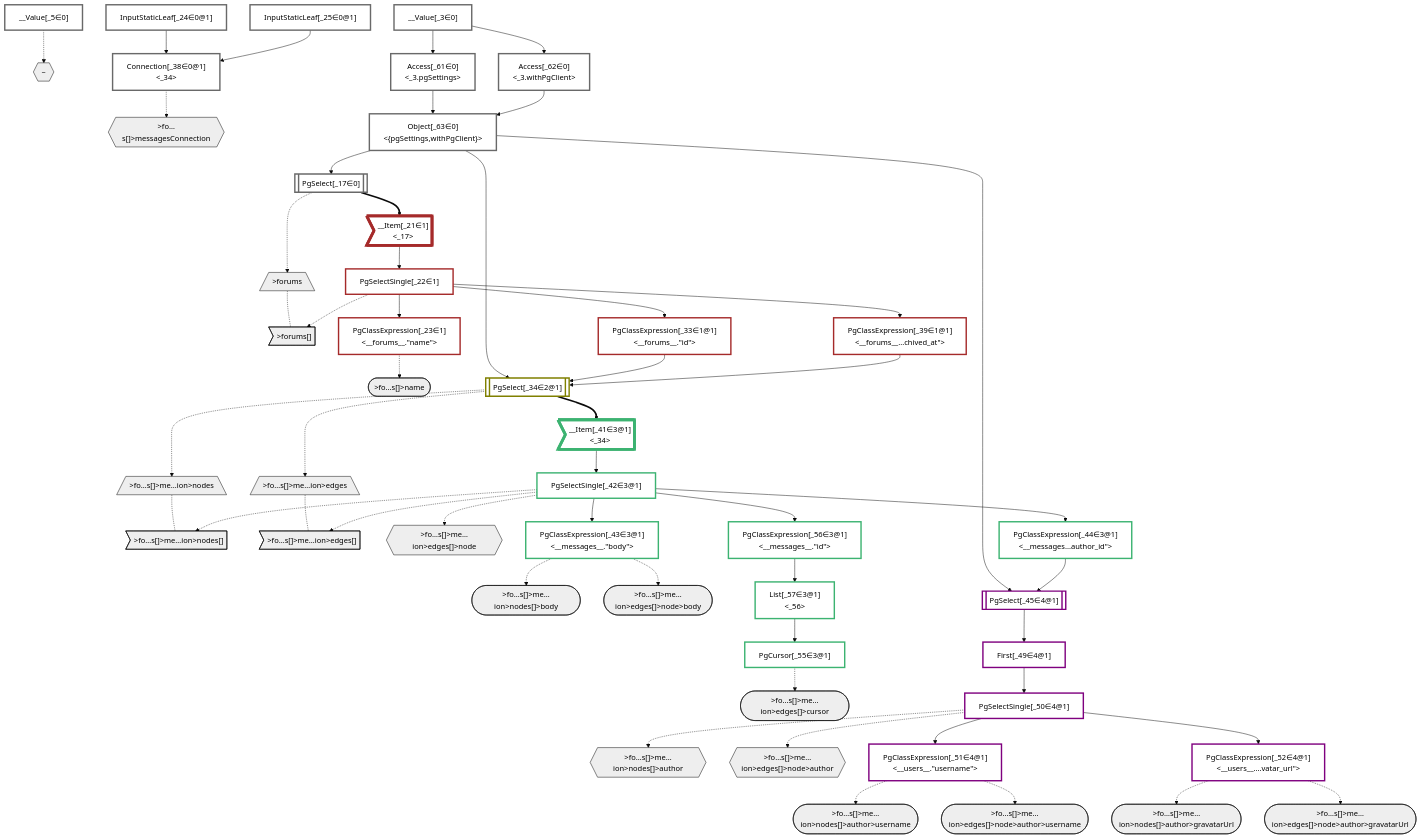
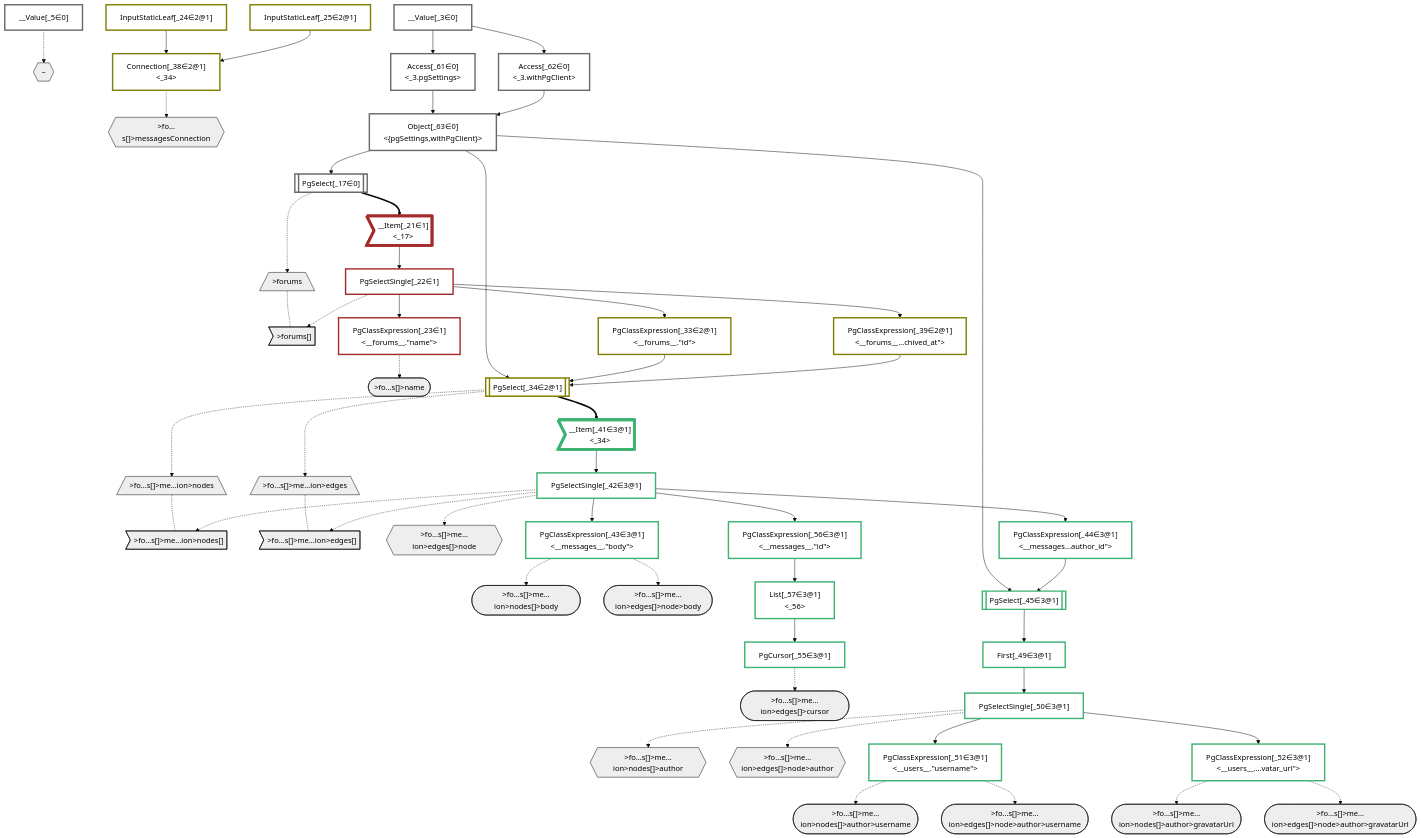
Before and after one commit to graphile/crystal: the diagram in packages/dataplan-pg/__tests__/queries/conditions/archived-forum-inherited-messages.defer-1.deopt.mermaid.md, drawn with Mermaid (base theme). The commit also changed 42 other files, not shown here.

````diff
--- a/packages/dataplan-pg/__tests__/queries/conditions/archived-forum-inherited-messages.defer-1.deopt.mermaid.md
+++ b/packages/dataplan-pg/__tests__/queries/conditions/archived-forum-inherited-messages.defer-1.deopt.mermaid.md
@@ -52,21 +52,21 @@
     __Item_21>"__Item[_21∈1]<br /><_17>"]:::itemplan
     PgSelectSingle_22["PgSelectSingle[_22∈1]<br /><forums>"]:::plan
     PgClassExpression_23["PgClassExpression[_23∈1]<br /><__forums__.#quot;name#quot;>"]:::plan
-    InputStaticLeaf_24["InputStaticLeaf[_24∈0@1]"]:::plan
-    InputStaticLeaf_25["InputStaticLeaf[_25∈0@1]"]:::plan
-    PgClassExpression_33["PgClassExpression[_33∈1@1]<br /><__forums__.#quot;id#quot;>"]:::plan
+    InputStaticLeaf_24["InputStaticLeaf[_24∈2@1]"]:::plan
+    InputStaticLeaf_25["InputStaticLeaf[_25∈2@1]"]:::plan
+    PgClassExpression_33["PgClassExpression[_33∈2@1]<br /><__forums__.#quot;id#quot;>"]:::plan
     PgSelect_34[["PgSelect[_34∈2@1]<br /><messages>"]]:::plan
-    Connection_38["Connection[_38∈0@1]<br /><_34>"]:::plan
-    PgClassExpression_39["PgClassExpression[_39∈1@1]<br /><__forums__...chived_at#quot;>"]:::plan
+    Connection_38["Connection[_38∈2@1]<br /><_34>"]:::plan
+    PgClassExpression_39["PgClassExpression[_39∈2@1]<br /><__forums__...chived_at#quot;>"]:::plan
     __Item_41>"__Item[_41∈3@1]<br /><_34>"]:::itemplan
     PgSelectSingle_42["PgSelectSingle[_42∈3@1]<br /><messages>"]:::plan
     PgClassExpression_43["PgClassExpression[_43∈3@1]<br /><__messages__.#quot;body#quot;>"]:::plan
     PgClassExpression_44["PgClassExpression[_44∈3@1]<br /><__messages...author_id#quot;>"]:::plan
-    PgSelect_45[["PgSelect[_45∈4@1]<br /><users>"]]:::plan
-    First_49["First[_49∈4@1]"]:::plan
-    PgSelectSingle_50["PgSelectSingle[_50∈4@1]<br /><users>"]:::plan
-    PgClassExpression_51["PgClassExpression[_51∈4@1]<br /><__users__.#quot;username#quot;>"]:::plan
-    PgClassExpression_52["PgClassExpression[_52∈4@1]<br /><__users__....vatar_url#quot;>"]:::plan
+    PgSelect_45[["PgSelect[_45∈3@1]<br /><users>"]]:::plan
+    First_49["First[_49∈3@1]"]:::plan
+    PgSelectSingle_50["PgSelectSingle[_50∈3@1]<br /><users>"]:::plan
+    PgClassExpression_51["PgClassExpression[_51∈3@1]<br /><__users__.#quot;username#quot;>"]:::plan
+    PgClassExpression_52["PgClassExpression[_52∈3@1]<br /><__users__....vatar_url#quot;>"]:::plan
     PgCursor_55["PgCursor[_55∈3@1]"]:::plan
     PgClassExpression_56["PgClassExpression[_56∈3@1]<br /><__messages__.#quot;id#quot;>"]:::plan
     List_57["List[_57∈3@1]<br /><_56>"]:::plan
@@ -127,13 +127,11 @@
 
     %% allocate buckets
     classDef bucket0 stroke:#696969
-    class __Value_3,__Value_5,PgSelect_17,InputStaticLeaf_24,InputStaticLeaf_25,Connection_38,Access_61,Access_62,Object_63 bucket0
+    class __Value_3,__Value_5,PgSelect_17,Access_61,Access_62,Object_63 bucket0
     classDef bucket1 stroke:#a52a2a
-    class __Item_21,PgSelectSingle_22,PgClassExpression_23,PgClassExpression_33,PgClassExpression_39 bucket1
+    class __Item_21,PgSelectSingle_22,PgClassExpression_23 bucket1
     classDef bucket2 stroke:#808000
-    class PgSelect_34 bucket2
+    class InputStaticLeaf_24,InputStaticLeaf_25,PgClassExpression_33,PgSelect_34,Connection_38,PgClassExpression_39 bucket2
     classDef bucket3 stroke:#3cb371
-    class __Item_41,PgSelectSingle_42,PgClassExpression_43,PgClassExpression_44,PgCursor_55,PgClassExpression_56,List_57 bucket3
-    classDef bucket4 stroke:#7f007f
-    class PgSelect_45,First_49,PgSelectSingle_50,PgClassExpression_51,PgClassExpression_52 bucket4
+    class __Item_41,PgSelectSingle_42,PgClassExpression_43,PgClassExpression_44,PgSelect_45,First_49,PgSelectSingle_50,PgClassExpression_51,PgClassExpression_52,PgCursor_55,PgClassExpression_56,List_57 bucket3
 ```
````
